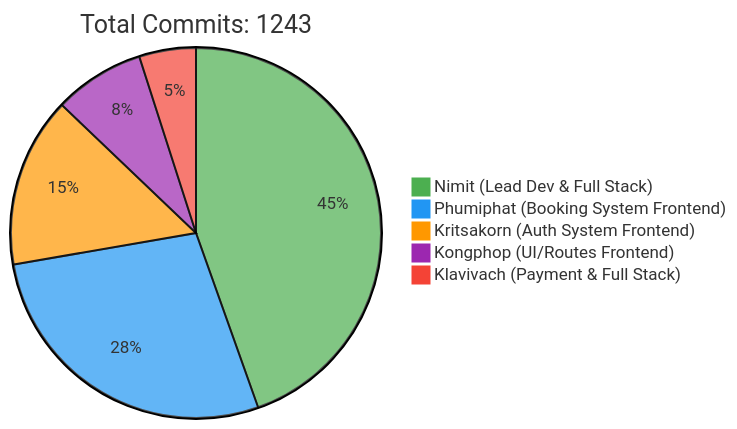
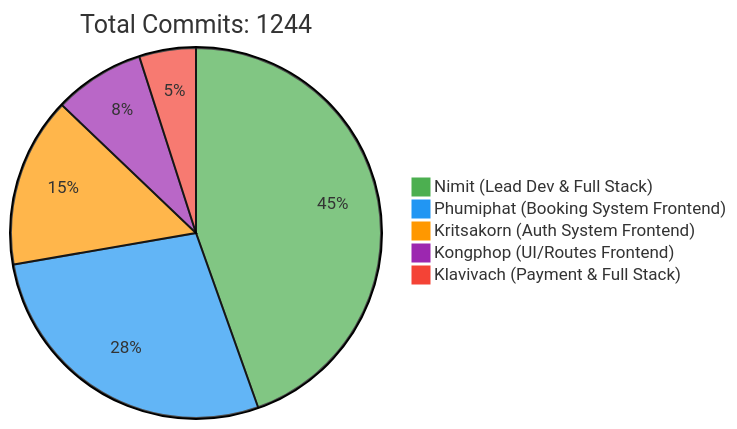
Before and after one commit to 6531503042/Sport-Complex: the first of 2 diagrams in README.md, drawn with Mermaid. The commit also changed other lines of this file, not shown here.

Commit message:
docs: Update contributor statistics [skip ci]

````diff
--- a/README.md
+++ b/README.md
@@ -257,10 +257,10 @@
 ```mermaid
 %%{init: {'theme': 'base', 'themeVariables': { 'pie1': '#4CAF50', 'pie2': '#2196F3', 'pie3': '#FF9800', 'pie4': '#9C27B0', 'pie5': '#F44336'}}}%%
 pie
-    title Total Commits: 1243
+    title Total Commits: 1244
     "Nimit (Lead Dev & Full Stack)" : 450
     "Phumiphat (Booking System Frontend)" : 280
     "Kritsakorn (Auth System Frontend)" : 150
     "Kongphop (UI/Routes Frontend)" : 80
     "Klavivach (Payment & Full Stack)" : 50
 ```
````
